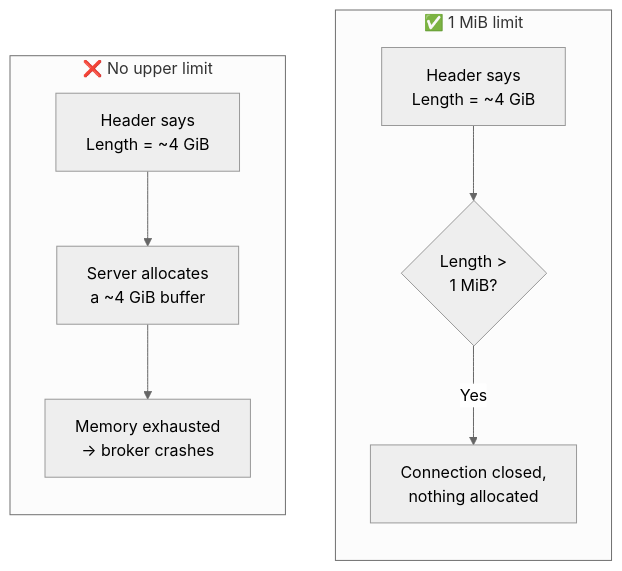
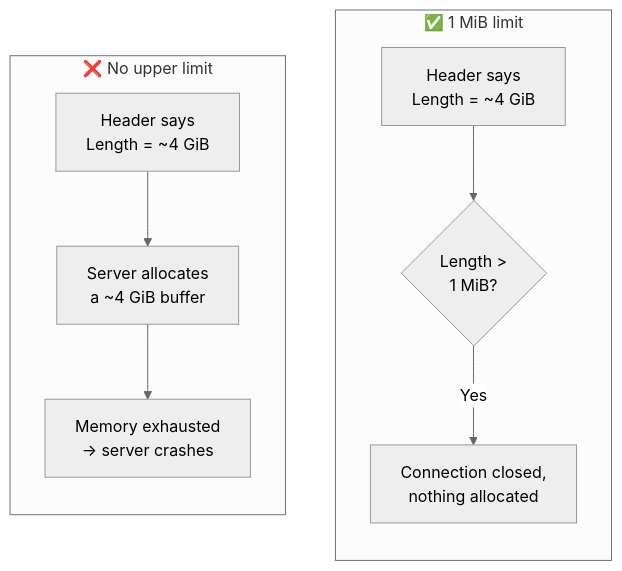
Before and after one commit to krss-sys/aether-stream-layer: the first of 2 diagrams in docs/phase-2.md, drawn with Mermaid (neutral theme). The commit also changed other lines of this file and 2 other files, not shown here.

````diff
--- a/docs/phase-2.md
+++ b/docs/phase-2.md
@@ -35,14 +34,14 @@
 ```mermaid
 flowchart LR
     subgraph nolimit ["❌ No upper limit"]
         direction TB
         N1["Header says<br/>Length = ~4 GiB"] --> N2["Server allocates<br/>a ~4 GiB buffer"]
-        N2 --> N3["Memory exhausted<br/>→ broker crashes"]
+        N2 --> N3["Memory exhausted<br/>→ server crashes"]
     end
     subgraph limit ["✅ 1 MiB limit"]
         direction TB
         L1["Header says<br/>Length = ~4 GiB"] --> L2{"Length ><br/>1 MiB?"}
         L2 -- "Yes" --> L3["Connection closed,<br/>nothing allocated"]
     end
     nolimit ~~~ limit
 ```
````
